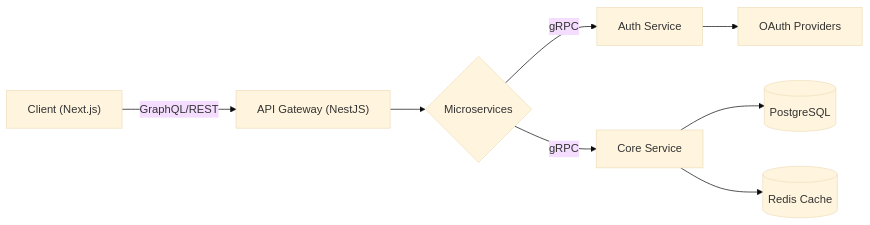
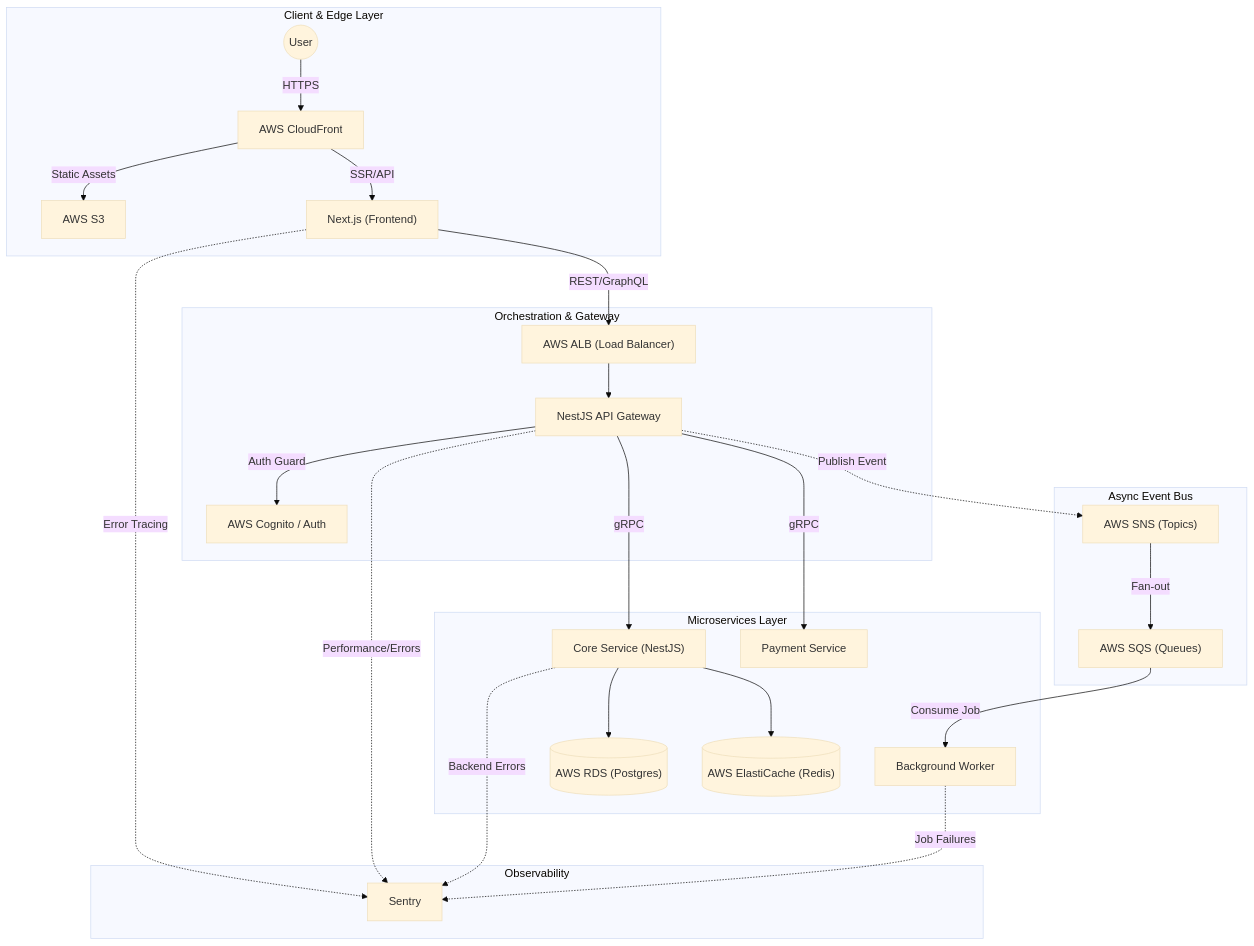
One commit to amir-valizadeh/amir-valizadeh changed the diagram in ReadMe.md. Above: the diagram before and after it, drawn with Mermaid (base theme). The commit also changed other lines of this file, not shown here.

Commit message:
Revise architecture philosophy section
Updated architecture philosophy to include event-driven design and AWS services.

````diff
--- a/ReadMe.md
+++ b/ReadMe.md
@@ -38,11 +39,36 @@
 ```mermaid
-graph LR
-    A["Client (Next.js)"] -->|"GraphQL/REST"| B["API Gateway (NestJS)"]
-    B --> C{Microservices}
-    C -->|"gRPC"| D["Auth Service"]
-    C -->|"gRPC"| E["Core Service"]
-    E --> F[("PostgreSQL")]
-    E --> G[("Redis Cache")]
-    D --> H["OAuth Providers"]
+graph TD
+    subgraph Client_Layer ["Client & Edge Layer"]
+        User(("User")) -->|"HTTPS"| CDN["AWS CloudFront"]
+        CDN -->|"Static Assets"| S3["AWS S3"]
+        CDN -->|"SSR/API"| Client["Next.js (Frontend)"]
+    end
+
+    subgraph Orchestration ["Orchestration & Gateway"]
+        Client -->|"REST/GraphQL"| ALB["AWS ALB (Load Balancer)"]
+        ALB --> Gateway["NestJS API Gateway"]
+        Gateway -->|"Auth Guard"| Cognito["AWS Cognito / Auth"]
+    end
+
+    subgraph Event_Bus ["Async Event Bus"]
+        Gateway -.->|"Publish Event"| SNS["AWS SNS (Topics)"]
+        SNS -->|"Fan-out"| SQS["AWS SQS (Queues)"]
+    end
+
+    subgraph Services ["Microservices Layer"]
+        SQS -->|"Consume Job"| Worker["Background Worker"]
+        Gateway -->|"gRPC"| Core["Core Service (NestJS)"]
+        Gateway -->|"gRPC"| Pay["Payment Service"]
+        
+        Core --> DB[("AWS RDS (Postgres)")]
+        Core --> Cache[("AWS ElastiCache (Redis)")]
+    end
+
+    subgraph Observability ["Observability"]
+        Client -.->|"Error Tracing"| Sentry
+        Gateway -.->|"Performance/Errors"| Sentry
+        Core -.->|"Backend Errors"| Sentry
+        Worker -.->|"Job Failures"| Sentry
+    end
 
 ```
````
